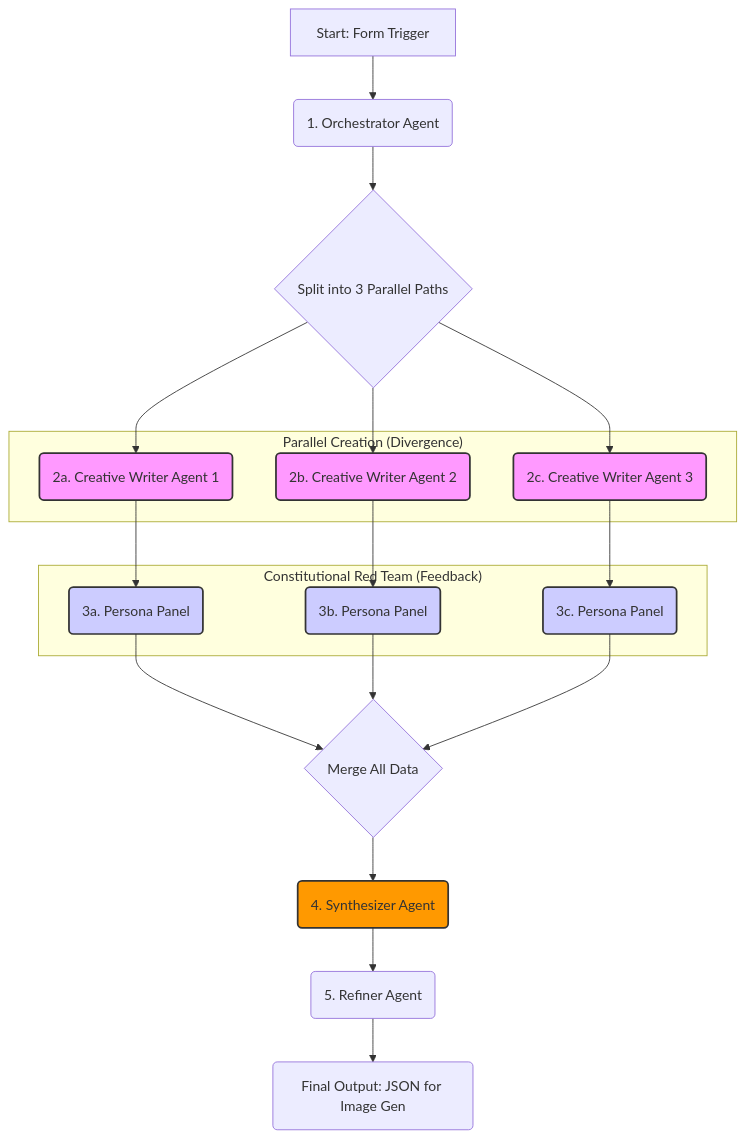
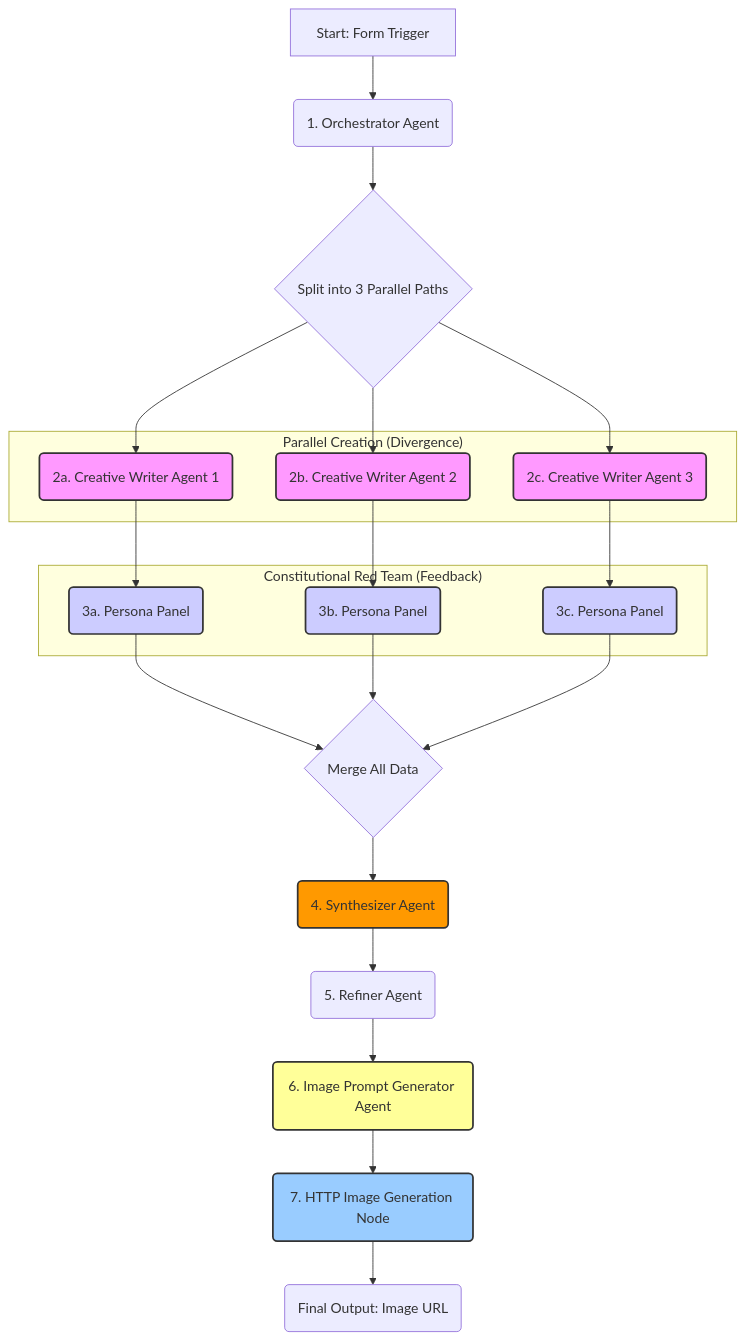
Before and after one commit to pranitl/ads-analysis: the diagram in marketing scripts/rearch-n8n/new-arch.md, drawn with Mermaid. The commit also changed other lines of this file and 14 other files, not shown here.

````diff
--- a/marketing scripts/rearch-n8n/new-arch.md
+++ b/marketing scripts/rearch-n8n/new-arch.md
@@ -25,36 +25,40 @@
 ```mermaid
 graph TD
     A[Start: Form Trigger] --> B(1. Orchestrator Agent);
     B --> C{Split into 3 Parallel Paths};
     C --> D1(2a. Creative Writer Agent 1);
     C --> D2(2b. Creative Writer Agent 2);
     C --> D3(2c. Creative Writer Agent 3);
 
     subgraph "Parallel Creation (Divergence)"
         D1; D2; D3;
     end
 
     D1 --> E1(3a. Persona Panel);
     D2 --> E2(3b. Persona Panel);
     D3 --> E3(3c. Persona Panel);
 
     subgraph "Constitutional Red Team (Feedback)"
         E1; E2; E3;
     end
     
     E1 --> F{Merge All Data};
     E2 --> F;
     E3 --> F;
 
     F --> G(4. Synthesizer Agent);
     G --> H(5. Refiner Agent);
-    H --> I(Final Output: JSON for Image Gen);
+    H --> I(6. Image Prompt Generator Agent);
+    I --> J(7. HTTP Image Generation Node);
+    J --> K(Final Output: Image URL);
 
     style D1 fill:#f9f,stroke:#333,stroke-width:2px
     style D2 fill:#f9f,stroke:#333,stroke-width:2px
     style D3 fill:#f9f,stroke:#333,stroke-width:2px
     style E1 fill:#ccf,stroke:#333,stroke-width:2px
     style E2 fill:#ccf,stroke:#333,stroke-width:2px
     style E3 fill:#ccf,stroke:#333,stroke-width:2px
     style G fill:#f90,stroke:#333,stroke-width:2px
+    style I fill:#ff9,stroke:#333,stroke-width:2px
+    style J fill:#9cf,stroke:#333,stroke-width:2px
 ```
````
